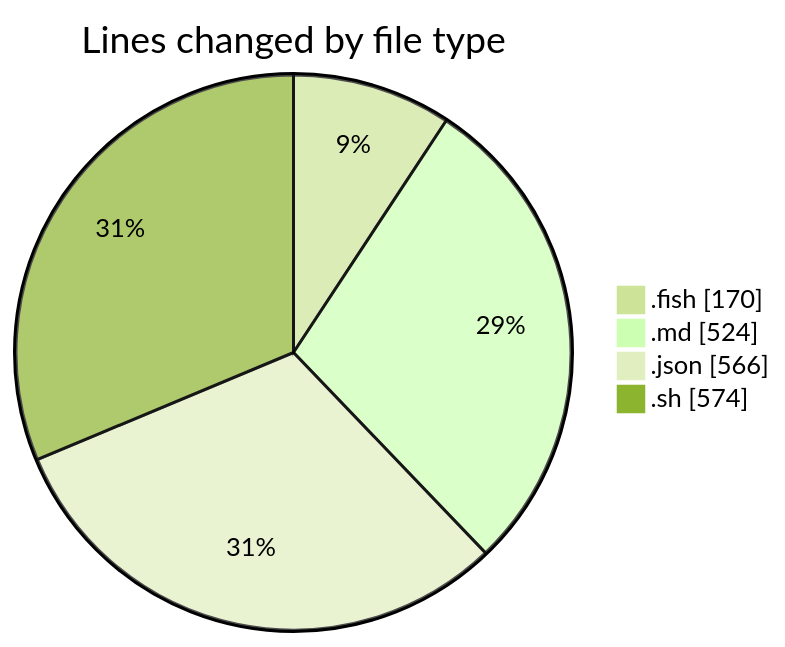
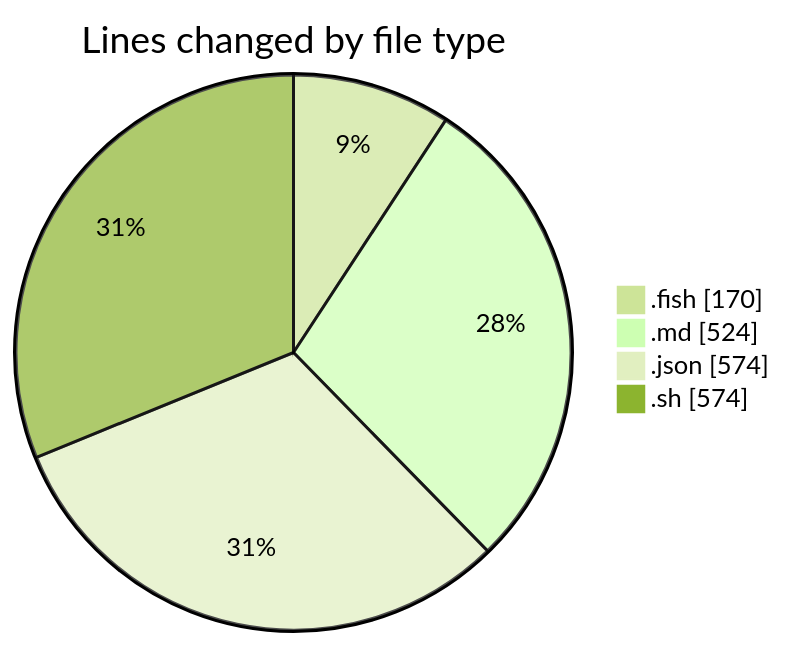
One commit to EIIisD/code-tracking changed the first of 2 diagrams in 2025-07-10/fish/README.md. Above: the diagram before and after it, drawn with Mermaid (forest theme). The commit also changed other lines of this file and 1 other file, not shown here.

````diff
--- a/2025-07-10/fish/README.md
+++ b/2025-07-10/fish/README.md
@@ -23,8 +23,8 @@
 ```mermaid
 pie showData
 title Lines changed by file type
 ".fish" : 170
 ".md" : 524
-".json" : 566
+".json" : 574
 ".sh" : 574
 ```
````
